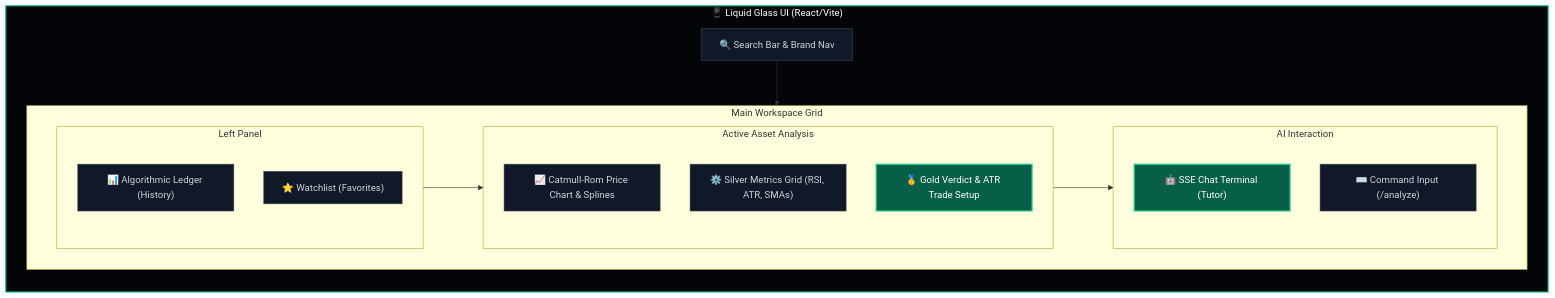
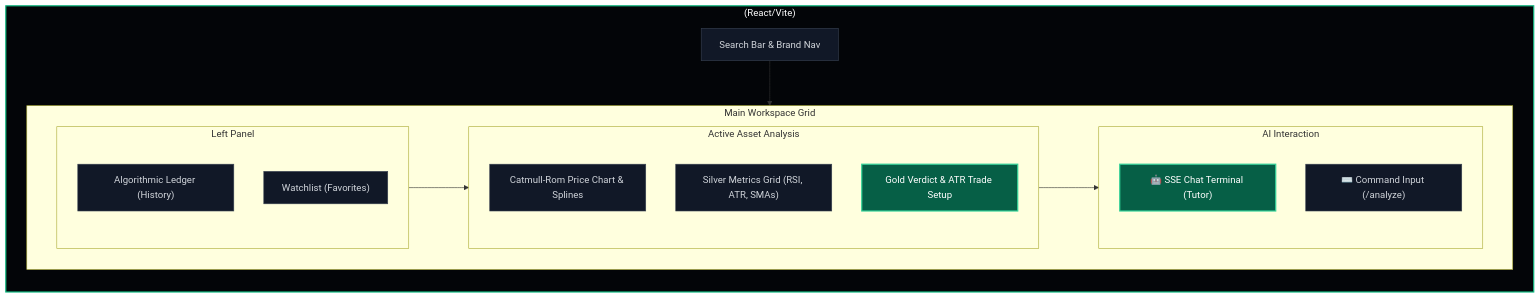
The first of 4 diagrams in README.md (gh0gale/INVR), drawn with Mermaid before and after one commit. The commit also changed other lines of this file, not shown here.

````diff
--- a/README.md
+++ b/README.md
@@ -11,40 +11,40 @@
 ```mermaid
 flowchart TB
     classDef layout fill:#030508,stroke:#10B981,stroke-width:2px,color:#fff;
     classDef panel fill:#111827,stroke:#374151,stroke-width:1px,color:#d1d5db;
     classDef highlight fill:#065f46,stroke:#34d399,stroke-width:2px,color:#fff;
     
-    subgraph UI["📱 Liquid Glass UI (React/Vite)"]
+    subgraph UI["(React/Vite)"]
         direction TB
-        TopNav["🔍 Search Bar & Brand Nav"]:::panel
+        TopNav[" Search Bar & Brand Nav"]:::panel
         
         subgraph Workspace["Main Workspace Grid"]
             direction LR
             
             subgraph LeftCol["Left Panel"]
                 direction TB
-                Ledger["📊 Algorithmic Ledger (History)"]:::panel
-                Watchlist["⭐ Watchlist (Favorites)"]:::panel
+                Ledger[" Algorithmic Ledger (History)"]:::panel
+                Watchlist[" Watchlist (Favorites)"]:::panel
             end
             
             subgraph CenterCol["Active Asset Analysis"]
                 direction TB
-                Chart["📈 Catmull-Rom Price Chart & Splines"]:::panel
-                Metrics["⚙️ Silver Metrics Grid (RSI, ATR, SMAs)"]:::panel
-                Verdict["🥇 Gold Verdict & ATR Trade Setup"]:::highlight
+                Chart[" Catmull-Rom Price Chart & Splines"]:::panel
+                Metrics[" Silver Metrics Grid (RSI, ATR, SMAs)"]:::panel
+                Verdict[" Gold Verdict & ATR Trade Setup"]:::highlight
             end
             
             subgraph RightCol["AI Interaction"]
                 direction TB
                 Terminal["🤖 SSE Chat Terminal (Tutor)"]:::highlight
                 Input["⌨️ Command Input (/analyze)"]:::panel
             end
             
             LeftCol --> CenterCol
             CenterCol --> RightCol
         end
         
         TopNav --> Workspace
     end
     class UI layout
 ```
````
